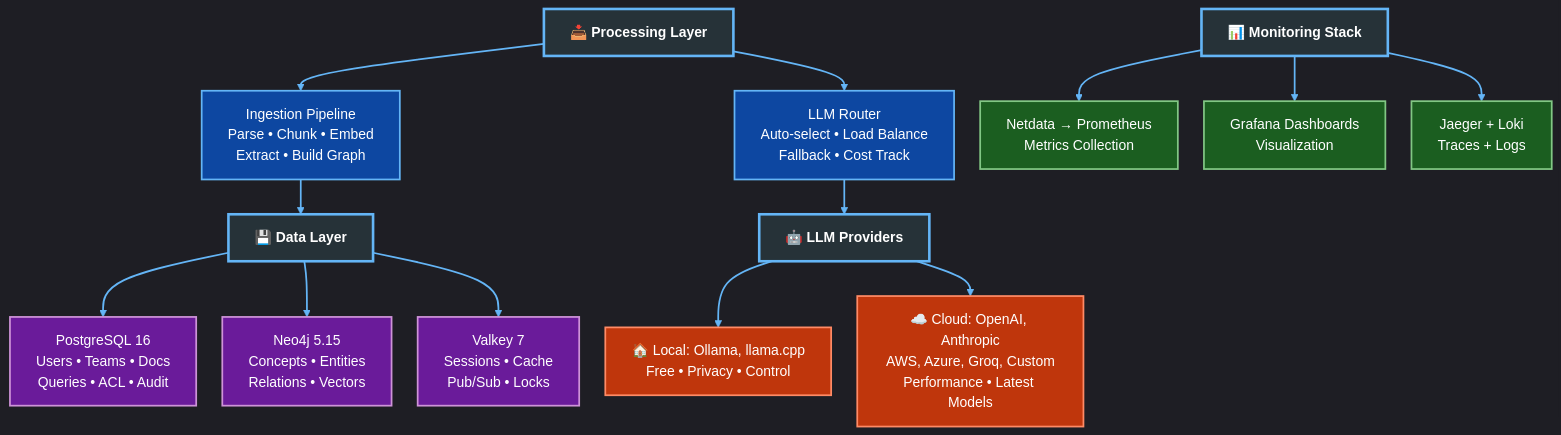
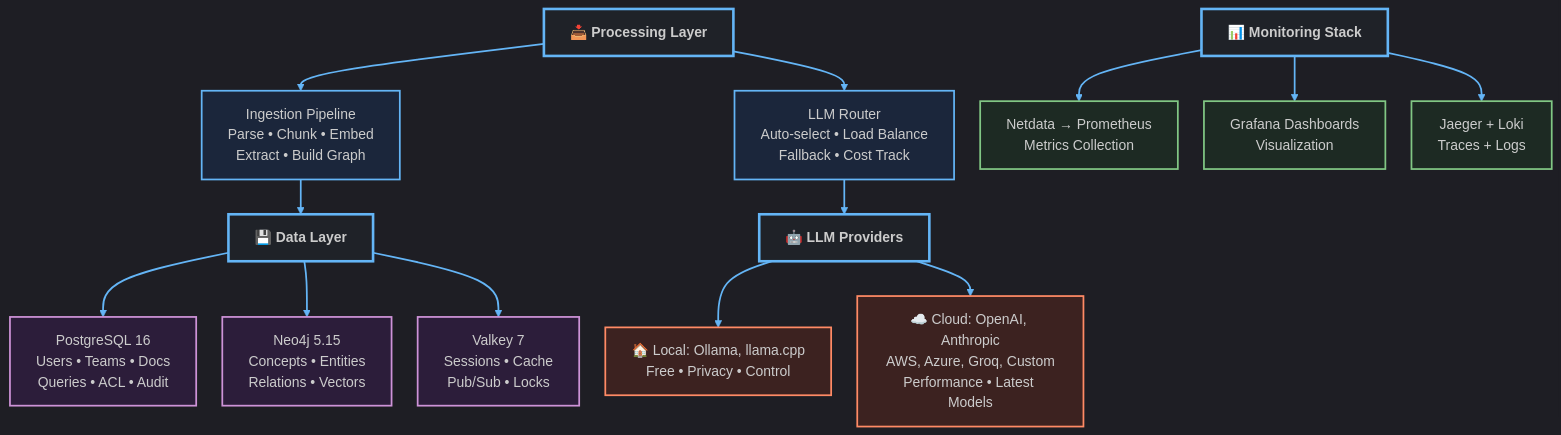
Before and after one commit to veics/rage_pitch: the second of 24 diagrams in docs/ARCHITECTURE.md, drawn with Mermaid. The commit also changed other lines of this file and 8 other files, not shown here.

````diff
--- a/docs/ARCHITECTURE.md
+++ b/docs/ARCHITECTURE.md
@@ -145,54 +145,54 @@
 ```mermaid
-%%{init: {'theme':'dark', 'flowchart': {'nodeSpacing': 30, 'rankSpacing': 40, 'curve': 'basis'}}}%%
+%%{init: {'theme':'dark', 'flowchart': {'nodeSpacing': 30, 'rankSpacing': 40, 'curve': 'basis'}, 'themeVariables': {'labelBackground':'rgba(38, 50, 56, 0.1)'}}}%%
 flowchart TD
     %% Title: Data, LLM, and Monitoring Layers
     
     PROC["📥 Processing Layer"]
     P1["Ingestion Pipeline<br/>Parse • Chunk • Embed<br/>Extract • Build Graph"]
     P2["LLM Router<br/>Auto-select • Load Balance<br/>Fallback • Cost Track"]
     
     PROC --> P1
     PROC --> P2
 
     DATA["💾 Data Layer"]
     D1["PostgreSQL 16<br/>Users • Teams • Docs<br/>Queries • ACL • Audit"]
     D2["Neo4j 5.15<br/>Concepts • Entities<br/>Relations • Vectors"]
     D3["Valkey 7<br/>Sessions • Cache<br/>Pub/Sub • Locks"]
     
     DATA --> D1
     DATA --> D2
     DATA --> D3
 
     LLM["🤖 LLM Providers"]
     L1["🏠 Local: Ollama, llama.cpp<br/>Free • Privacy • Control"]
     L2["☁️ Cloud: OpenAI, Anthropic<br/>AWS, Azure, Groq, Custom<br/>Performance • Latest Models"]
     
     LLM --> L1
     LLM --> L2
 
     MON["📊 Monitoring Stack"]
     M1["Netdata → Prometheus<br/>Metrics Collection"]
     M2["Grafana Dashboards<br/>Visualization"]
     M3["Jaeger + Loki<br/>Traces + Logs"]
     
     MON --> M1
     MON --> M2
     MON --> M3
 
     P1 --> DATA
     P2 --> LLM
     
-    classDef headerStyle fill:#263238,stroke:#64b5f6,stroke-width:3px,color:#fff,font-weight:bold;
-    classDef procStyle fill:#0d47a1,stroke:#64b5f6,stroke-width:2px,color:#fff;
-    classDef dataStyle fill:#6a1b9a,stroke:#ce93d8,stroke-width:2px,color:#fff;
-    classDef llmStyle fill:#bf360c,stroke:#ff8a65,stroke-width:2px,color:#fff;
-    classDef monStyle fill:#1b5e20,stroke:#81c784,stroke-width:2px,color:#fff;
+    classDef headerStyle fill:#263238,fill-opacity:0.18,stroke:#64b5f6,stroke-width:3px,font-weight:bold;
+    classDef procStyle fill:#0d47a1,fill-opacity:0.18,stroke:#64b5f6,stroke-width:2px;
+    classDef dataStyle fill:#6a1b9a,fill-opacity:0.18,stroke:#ce93d8,stroke-width:2px;
+    classDef llmStyle fill:#bf360c,fill-opacity:0.18,stroke:#ff8a65,stroke-width:2px;
+    classDef monStyle fill:#1b5e20,fill-opacity:0.18,stroke:#81c784,stroke-width:2px;
     
     class PROC,DATA,LLM,MON headerStyle;
     class P1,P2 procStyle;
     class D1,D2,D3 dataStyle;
     class L1,L2 llmStyle;
     class M1,M2,M3 monStyle;
     
     linkStyle default stroke:#64b5f6,stroke-width:2px;
 ```
````
